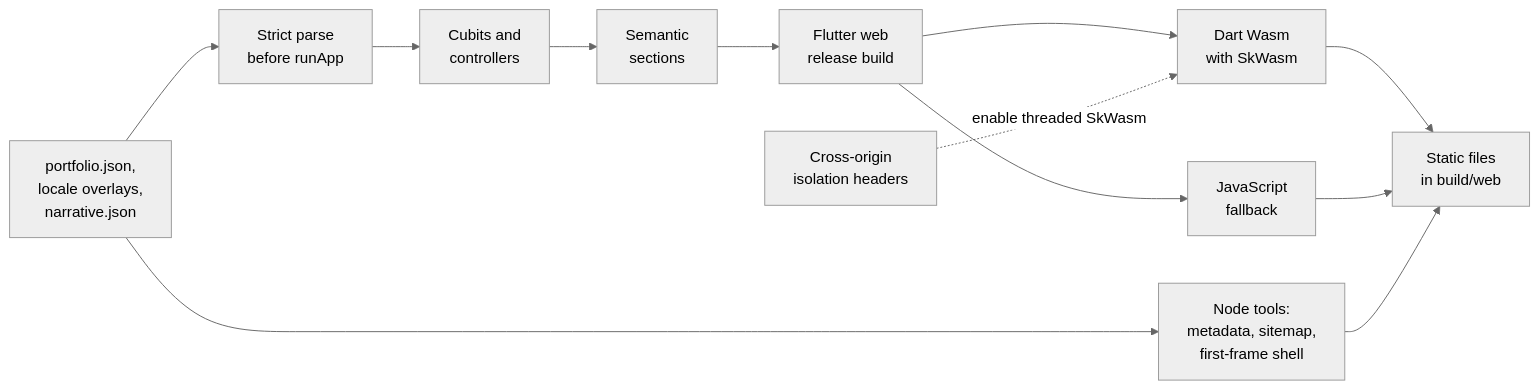
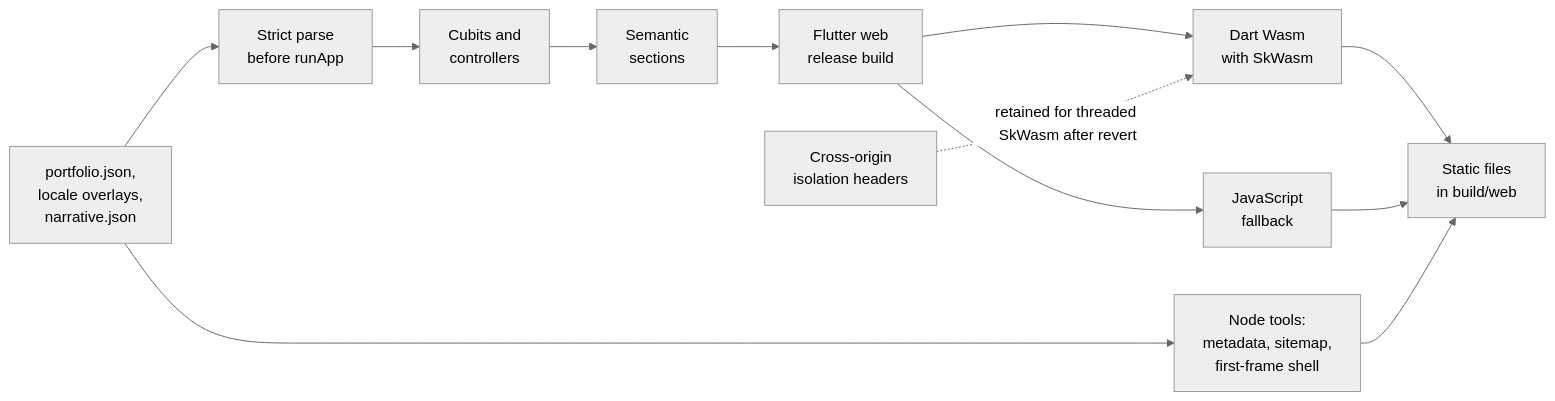
Before and after one commit to Yusufihsangorgel/Flutter-Web-Portfolio: the diagram in README.md, drawn with Mermaid (neutral theme). The commit also changed other lines of this file and 50 other files, not shown here.

````diff
--- a/README.md
+++ b/README.md
@@ -27,14 +27,14 @@
 ```mermaid
 flowchart LR
   content["portfolio.json,<br/>locale overlays,<br/>narrative.json"] --> parse["Strict parse<br/>before runApp"]
   parse --> state["Cubits and<br/>controllers"]
   state --> sections["Semantic<br/>sections"]
   sections --> build["Flutter web<br/>release build"]
   build --> wasm["Dart Wasm<br/>with SkWasm"]
   build --> js["JavaScript<br/>fallback"]
   wasm --> files["Static files<br/>in build/web"]
   js --> files
   content --> tools["Node tools:<br/>metadata, sitemap,<br/>first-frame shell"]
   tools --> files
-  headers["Cross-origin<br/>isolation headers"] -. enable threaded SkWasm .-> wasm
+  headers["Cross-origin<br/>isolation headers"] -. retained for threaded SkWasm after revert .-> wasm
 ```
````
